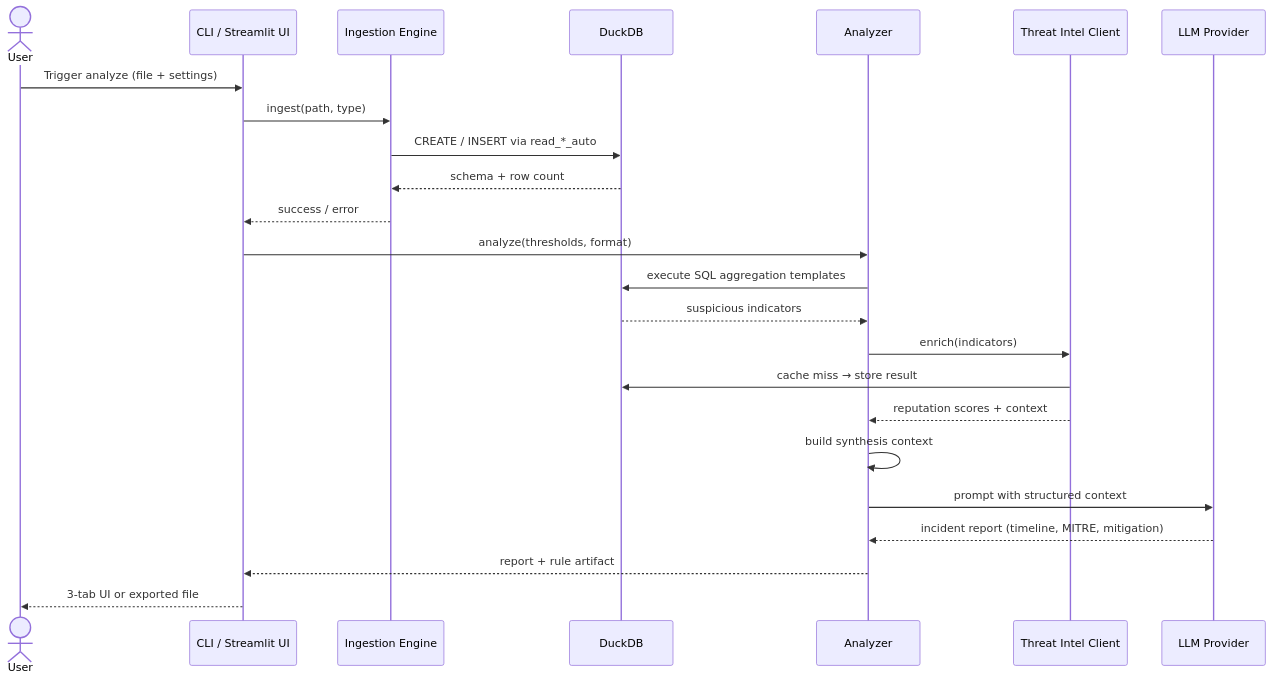
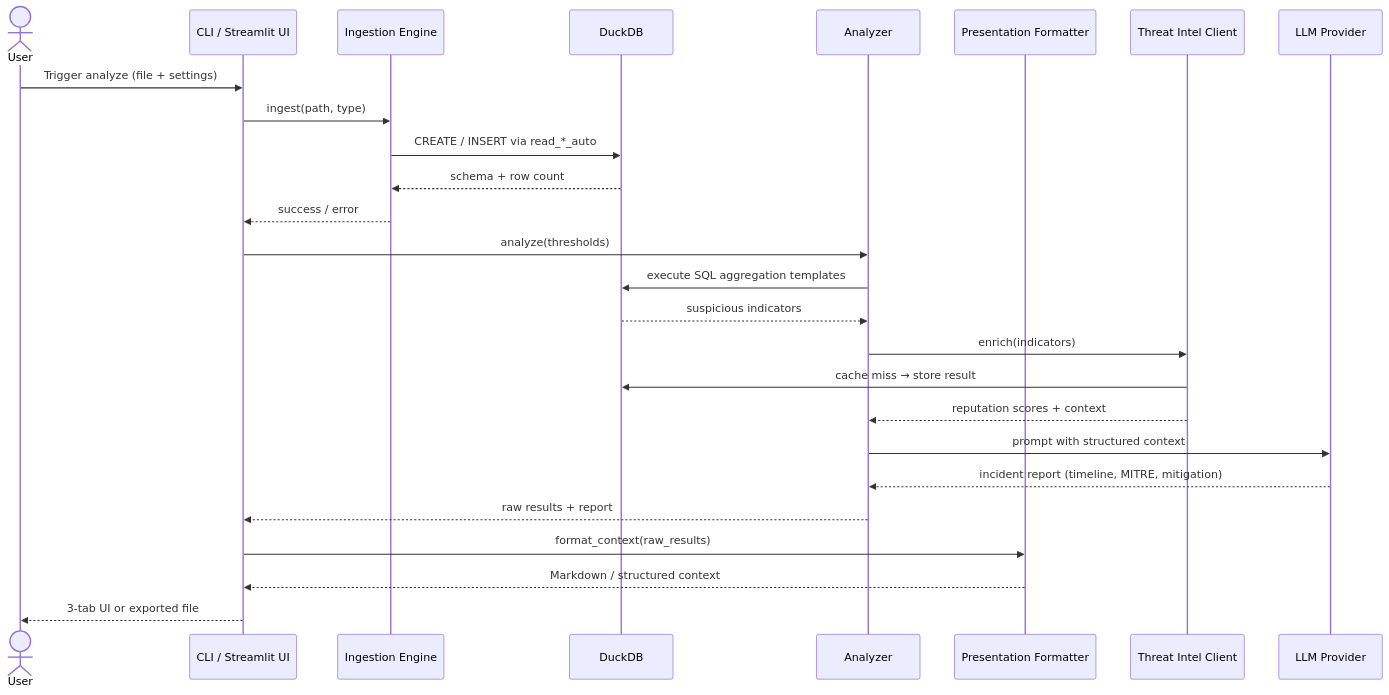
One commit to doubledare704/ovs-logs changed the second of 2 diagrams in docs/architecture.md. Above: the diagram before and after it, drawn with Mermaid. The commit also changed other lines of this file and 2 other files, not shown here.

Commit message:
feat: enhance architecture documentation with presentation layer and update SQL template thresholds

````diff
--- a/docs/architecture.md
+++ b/docs/architecture.md
@@ -64,27 +69,29 @@
 ```mermaid
 sequenceDiagram
     actor U as User
     participant C as CLI / Streamlit UI
     participant I as Ingestion Engine
     participant D as DuckDB
     participant A as Analyzer
+    participant P as Presentation Formatter
     participant T as Threat Intel Client
     participant L as LLM Provider
 
     U->>C: Trigger analyze (file + settings)
     C->>I: ingest(path, type)
     I->>D: CREATE / INSERT via read_*_auto
     D-->>I: schema + row count
     I-->>C: success / error
-    C->>A: analyze(thresholds, format)
+    C->>A: analyze(thresholds)
     A->>D: execute SQL aggregation templates
     D-->>A: suspicious indicators
     A->>T: enrich(indicators)
     T->>D: cache miss → store result
     T-->>A: reputation scores + context
-    A->>A: build synthesis context
     A->>L: prompt with structured context
     L-->>A: incident report (timeline, MITRE, mitigation)
-    A-->>C: report + rule artifact
+    A-->>C: raw results + report
+    C->>P: format_context(raw_results)
+    P-->>C: Markdown / structured context
     C-->>U: 3-tab UI or exported file
 ```
````
